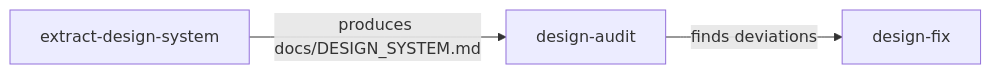
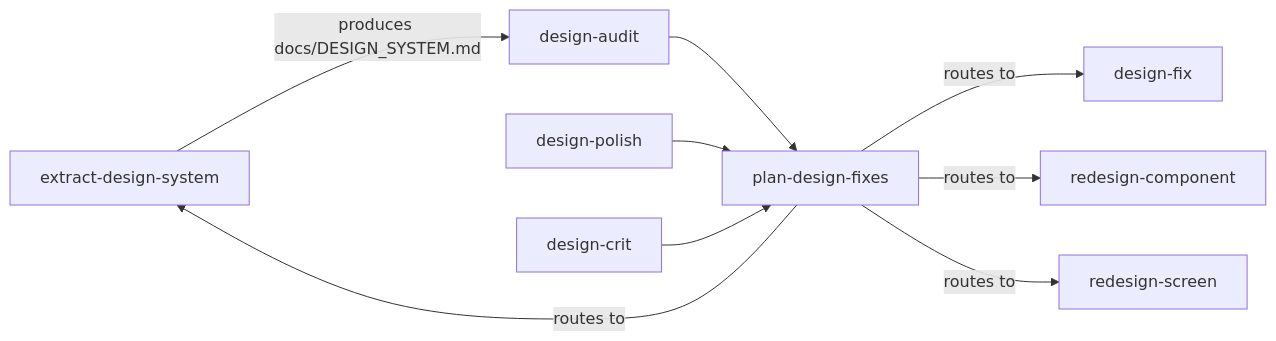
One commit to pnewsam/skills changed the third of 8 diagrams in README.md. Above: the diagram before and after it, drawn with Mermaid. The commit also changed other lines of this file and 1 other file, not shown here.

Commit message:
Add plan-design-fixes

````diff
--- a/README.md
+++ b/README.md
@@ -56,5 +56,11 @@
 ```mermaid
 flowchart LR
     EDS[extract-design-system] -->|produces docs/DESIGN_SYSTEM.md| DA[design-audit]
-    DA -->|finds deviations| DF[design-fix]
+    DA --> PDF[plan-design-fixes]
+    DP[design-polish] --> PDF
+    DC[design-crit] --> PDF
+    PDF -->|routes to| DF[design-fix]
+    PDF -->|routes to| RC[redesign-component]
+    PDF -->|routes to| RS[redesign-screen]
+    PDF -->|routes to| EDS
 ```
````
